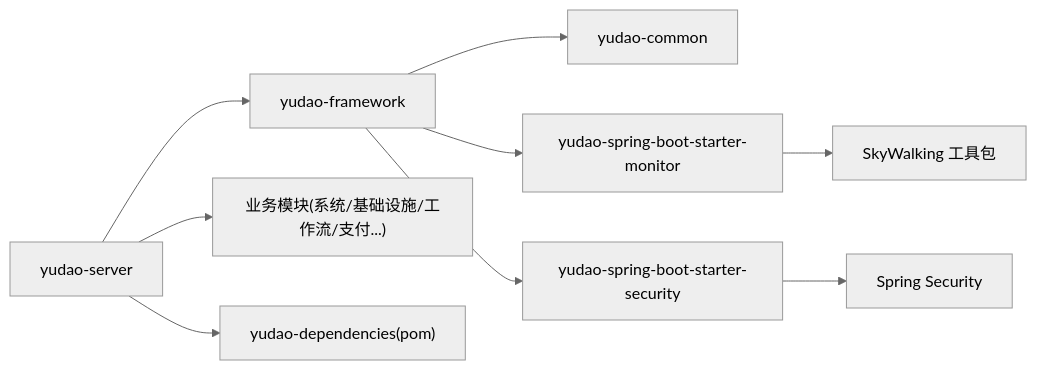
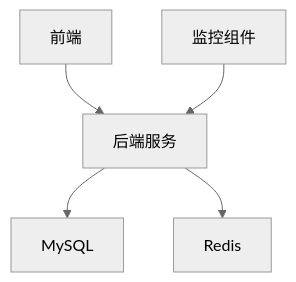
One commit to xiaoche80s-tech/rouyi-vue-pro changed the seventh of 7 diagrams in .qoder/repowiki/zh/content/部署运维/部署运维.md. Above: the diagram before and after it, drawn with Mermaid (neutral theme). The commit also changed other lines of this file and 840 other files, not shown here.

````diff
--- a/.qoder/repowiki/zh/content/部署运维/部署运维.md
+++ b/.qoder/repowiki/zh/content/部署运维/部署运维.md
@@ -314,11 +287,7 @@
 ```mermaid
-graph LR
-Server["yudao-server"] --> Framework["yudao-framework"]
-Server --> Modules["业务模块(系统/基础设施/工作流/支付...)"]
-Framework --> Common["yudao-common"]
-Framework --> Monitor["yudao-spring-boot-starter-monitor"]
-Framework --> Security["yudao-spring-boot-starter-security"]
-Server --> Dependencies["yudao-dependencies(pom)"]
-Monitor --> SkyWalking["SkyWalking 工具包"]
-Security --> SpringSecurity["Spring Security"]
+graph TB
+Server["后端服务"] --> MySQL["MySQL"]
+Server --> Redis["Redis"]
+Admin["前端"] --> Server
+Monitor["监控组件"] --> Server
 ```
````
